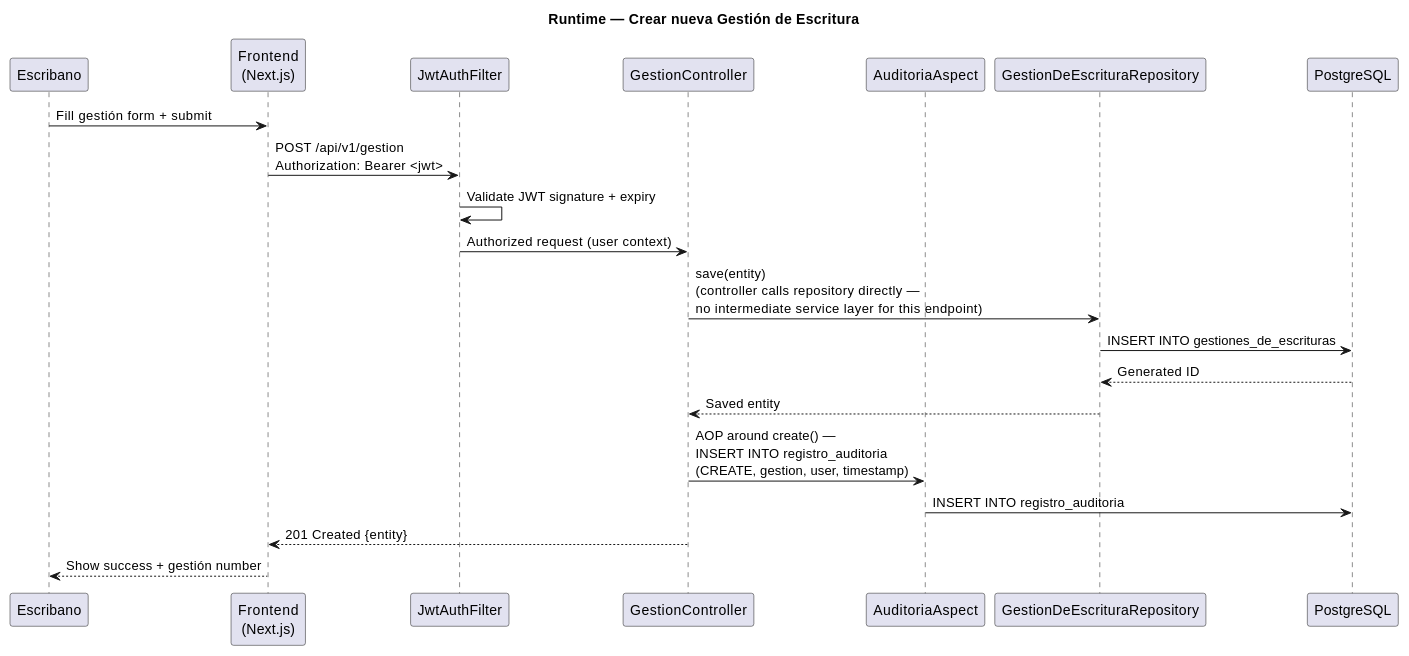
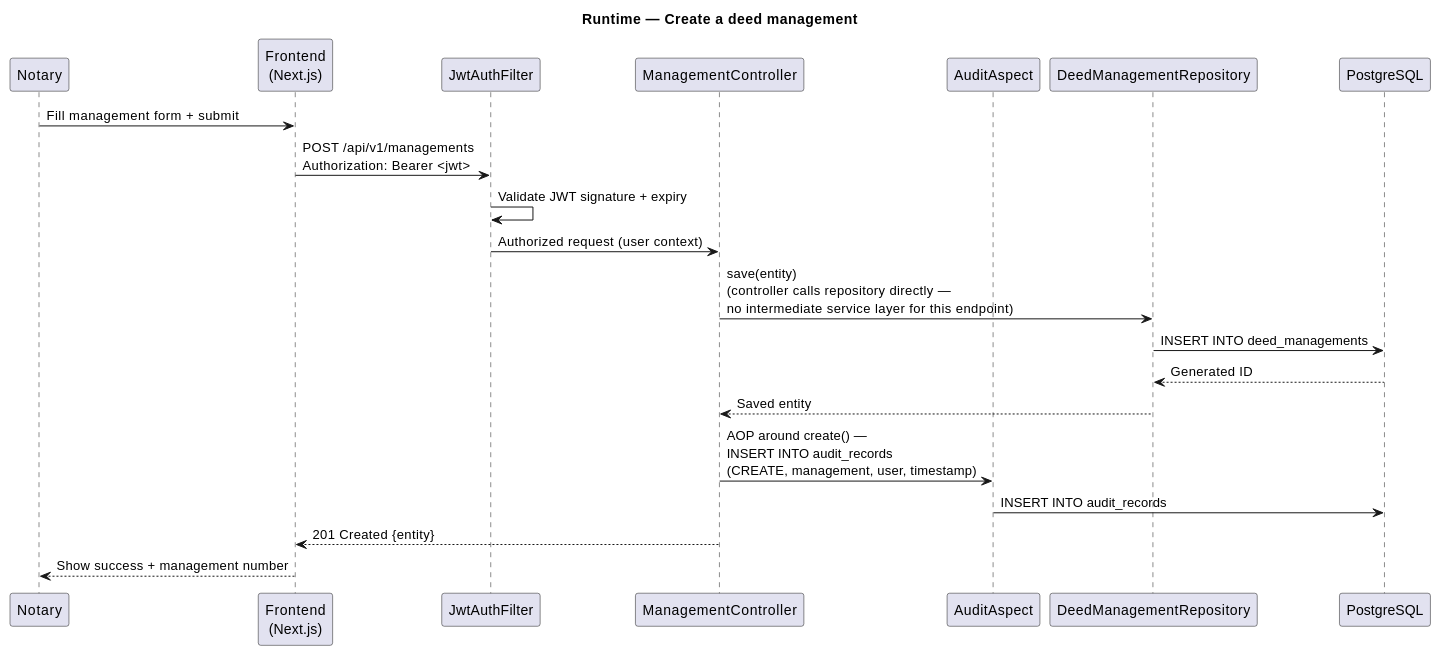
Before and after one commit to matiaspakua/notaire: the ninth of 13 diagrams in docs/200-architecture/201-SAD/sad.md, drawn with PlantUML. The commit also changed other lines of this file and 1430 other files, not shown here.

````diff
--- a/docs/200-architecture/201-SAD/sad.md
+++ b/docs/200-architecture/201-SAD/sad.md
@@ -679,26 +691,26 @@
 ```plantuml
 @startuml
-title Runtime — Crear nueva Gestión de Escritura
+title Runtime — Create a deed management
 
-participant "Escribano" as User
+participant "Notary" as User
 participant "Frontend\n(Next.js)" as Client
 participant "JwtAuthFilter" as Auth
-participant "GestionController" as Ctrl
-participant "AuditoriaAspect" as Audit
-participant "GestionDeEscrituraRepository" as Repo
+participant "ManagementController" as Ctrl
+participant "AuditAspect" as Audit
+participant "DeedManagementRepository" as Repo
 participant "PostgreSQL" as DB
 
-User -> Client : Fill gestión form + submit
-Client -> Auth : POST /api/v1/gestion\nAuthorization: Bearer <jwt>
+User -> Client : Fill management form + submit
+Client -> Auth : POST /api/v1/managements\nAuthorization: Bearer <jwt>
 Auth -> Auth : Validate JWT signature + expiry
 Auth -> Ctrl : Authorized request (user context)
 Ctrl -> Repo : save(entity)\n(controller calls repository directly —\nno intermediate service layer for this endpoint)
-Repo -> DB : INSERT INTO gestiones_de_escrituras
+Repo -> DB : INSERT INTO deed_managements
 DB --> Repo : Generated ID
 Repo --> Ctrl : Saved entity
-Ctrl -> Audit : AOP around create() —\nINSERT INTO registro_auditoria\n(CREATE, gestion, user, timestamp)
-Audit -> DB : INSERT INTO registro_auditoria
+Ctrl -> Audit : AOP around create() —\nINSERT INTO audit_records\n(CREATE, management, user, timestamp)
+Audit -> DB : INSERT INTO audit_records
 Ctrl --> Client : 201 Created {entity}
-Client --> User : Show success + gestión number
+Client --> User : Show success + management number
 @enduml
 ```
````
